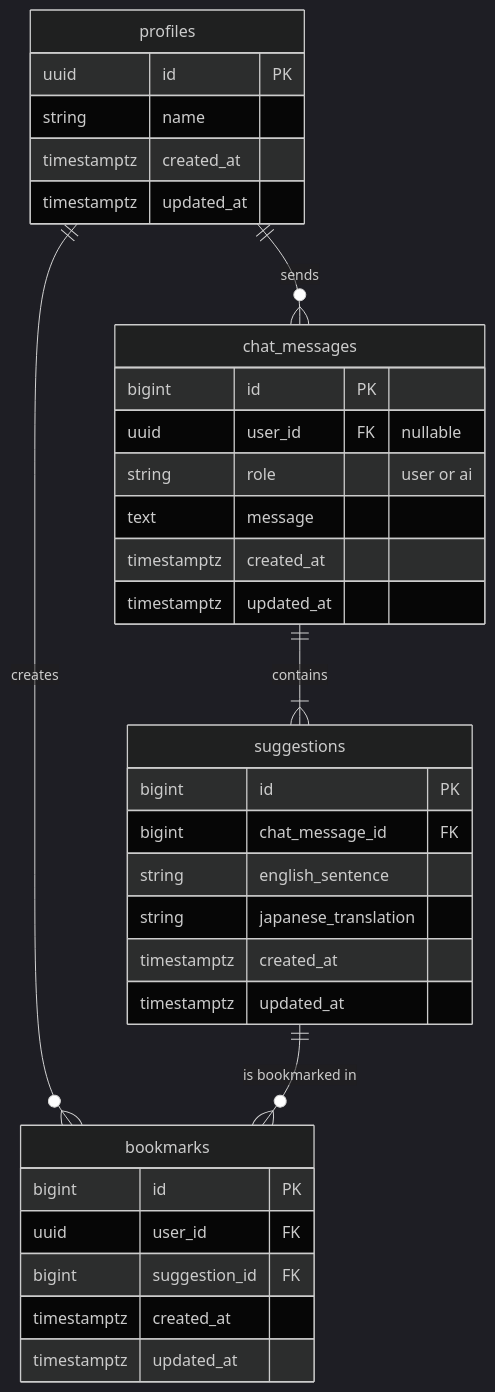
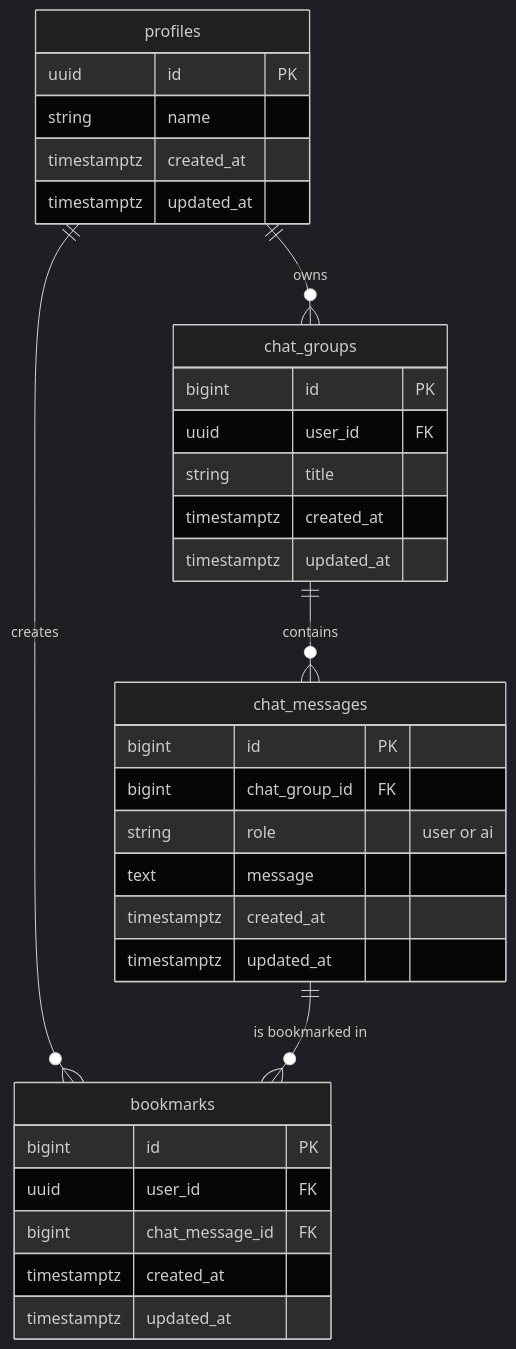
One commit to issiyda/practice-english-chat changed the diagram in documents/API設計書.md. Above: the diagram before and after it, drawn with Mermaid (dark theme). The commit also changed other lines of this file and 1 other file, not shown here.

````diff
--- a/documents/API設計書.md
+++ b/documents/API設計書.md
@@ -179,40 +177,39 @@
 ```mermaid
 erDiagram
-    profiles ||--o{ chat_messages : "sends"
+    profiles ||--o{ chat_groups : "owns"
+    chat_groups ||--o{ chat_messages : "contains"
     profiles ||--o{ bookmarks : "creates"
-    chat_messages ||--|{ suggestions : "contains"
-    suggestions ||--o{ bookmarks : "is bookmarked in"
+    chat_messages ||--o{ bookmarks : "is bookmarked in"
 
     profiles {
         uuid id PK
         string name
         timestamptz created_at
         timestamptz updated_at
     }
 
-    chat_messages {
+    chat_groups {
         bigint id PK
-        uuid user_id FK "nullable"
-        string role "user or ai"
-        text message
+        uuid user_id FK
+        string title
         timestamptz created_at
         timestamptz updated_at
     }
 
-    suggestions {
+    chat_messages {
         bigint id PK
-        bigint chat_message_id FK
-        string english_sentence
-        string japanese_translation
+        bigint chat_group_id FK
+        string role "user or ai"
+        text message
         timestamptz created_at
         timestamptz updated_at
     }
 
     bookmarks {
         bigint id PK
         uuid user_id FK
-        bigint suggestion_id FK
+        bigint chat_message_id FK
         timestamptz created_at
         timestamptz updated_at
     }
 ```
````
